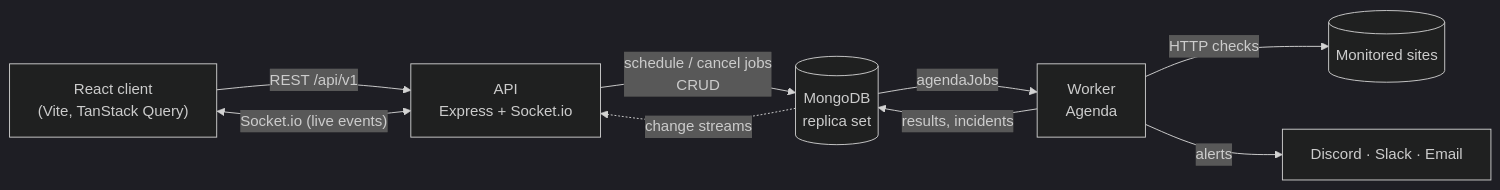
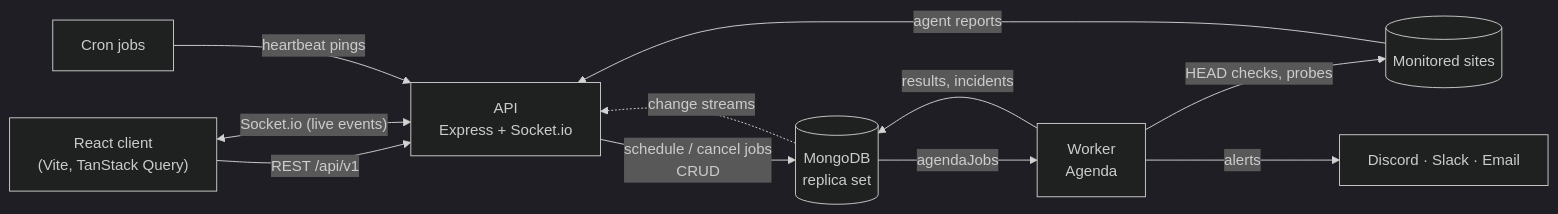
One commit to TrinankurD-06/PulseBoard changed the diagram in README.md. Above: the diagram before and after it, drawn with Mermaid (dark theme). The commit also changed other lines of this file and 36 other files, not shown here.

````diff
--- a/README.md
+++ b/README.md
@@ -45,11 +110,13 @@
 ```mermaid
 flowchart LR
     Browser["React client<br/>(Vite, TanStack Query)"] -- "REST /api/v1" --> API["API<br/>Express + Socket.io"]
     Browser <-- "Socket.io (live events)" --> API
     API -- "schedule / cancel jobs<br/>CRUD" --> DB[(MongoDB<br/>replica set)]
     DB -- "agendaJobs" --> Worker["Worker<br/>Agenda"]
-    Worker -- "HTTP checks" --> Sites[(Monitored sites)]
+    Worker -- "HEAD checks, probes" --> Sites[(Monitored sites)]
+    Jobs["Cron jobs"] -- "heartbeat pings" --> API
+    Sites -- "agent reports" --> API
     Worker -- "results, incidents" --> DB
     Worker -- "alerts" --> Notify["Discord · Slack · Email"]
     DB -. "change streams" .-> API
 ```
````
